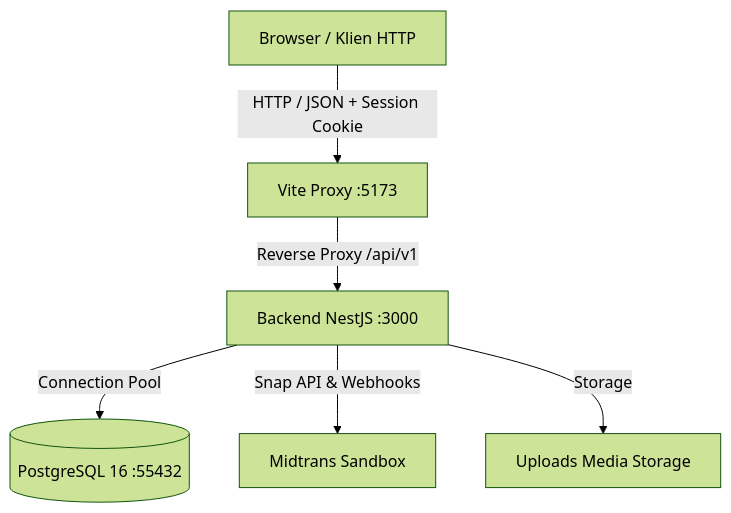
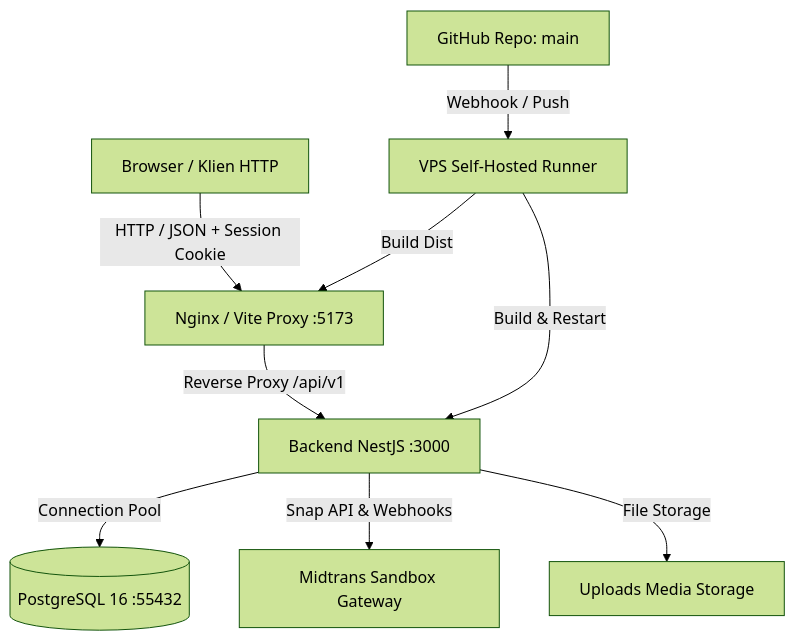
One commit to AnthonyWisnu/sora-wellness changed the diagram in README.md. Above: the diagram before and after it, drawn with Mermaid (forest theme). The commit also changed other lines of this file and 2 other files, not shown here.

````diff
--- a/README.md
+++ b/README.md
@@ -72,8 +81,11 @@
 ```mermaid
 graph TD
-    Client[Browser / Klien HTTP] -->|HTTP / JSON + Session Cookie| Proxy[Vite Proxy :5173]
+    Client[Browser / Klien HTTP] -->|HTTP / JSON + Session Cookie| Proxy[Nginx / Vite Proxy :5173]
     Proxy -->|Reverse Proxy /api/v1| Nest[Backend NestJS :3000]
     Nest -->|Connection Pool| PG[(PostgreSQL 16 :55432)]
-    Nest -->|Snap API & Webhooks| Midtrans[Midtrans Sandbox]
-    Nest -->|Storage| Disk[Uploads Media Storage]
+    Nest -->|Snap API & Webhooks| Midtrans[Midtrans Sandbox Gateway]
+    Nest -->|File Storage| Disk[Uploads Media Storage]
+    GitHub[GitHub Repo: main] -->|Webhook / Push| Runner[VPS Self-Hosted Runner]
+    Runner -->|Build & Restart| Nest
+    Runner -->|Build Dist| Proxy
 ```
````
